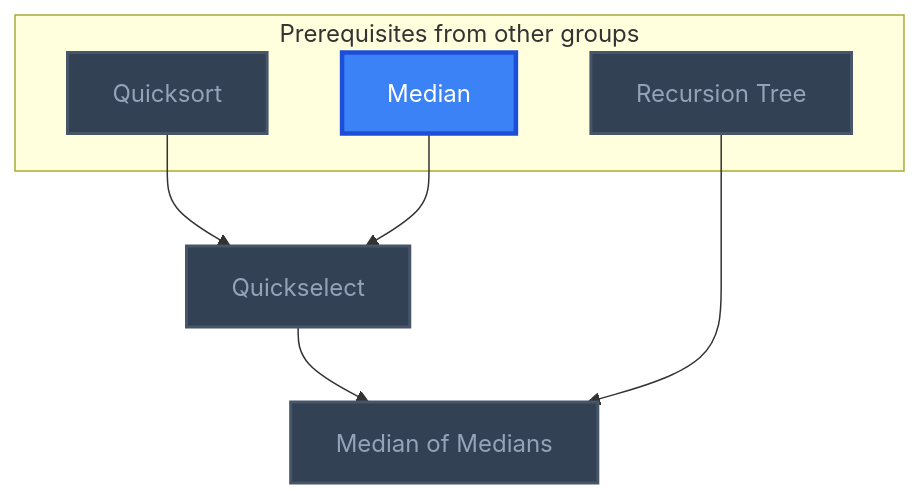
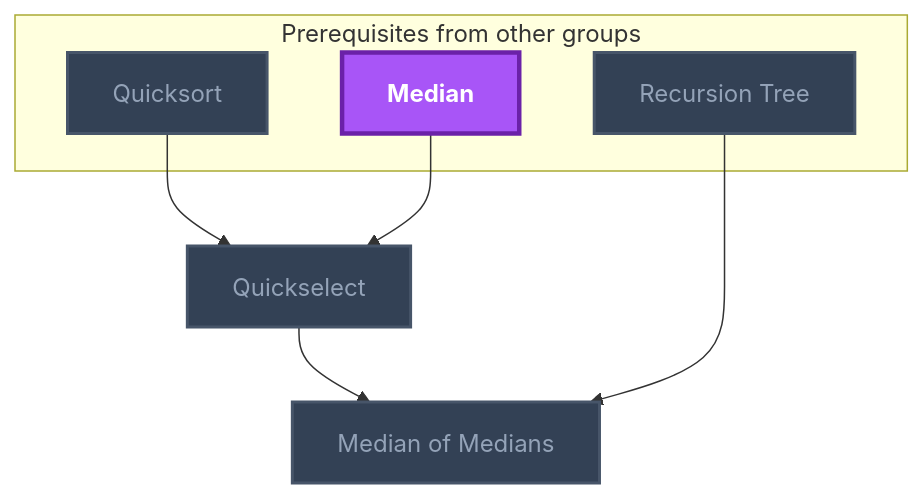
One commit to MRauf1/My-Notes changed diagram 14 of 17 in Gamification/Skill Trees/Data Structures and Algorithms.md. Above: the diagram before and after it, drawn with Mermaid. The commit also changed other lines of this file and 73 other files, not shown here.

````diff
--- a/Gamification/Skill Trees/Data Structures and Algorithms.md
+++ b/Gamification/Skill Trees/Data Structures and Algorithms.md
@@ -494,26 +494,26 @@
 ```mermaid
 flowchart TD
     classDef planned fill:#1E293B,stroke:#64748B,stroke-width:2px,stroke-dasharray:5 5,color:#94A3B8;
     classDef locked fill:#334155,stroke:#475569,stroke-width:2px,color:#94A3B8;
     classDef L0 fill:#F1F5F9,stroke:#94A3B8,stroke-width:2px,color:#000000;
     classDef L1 fill:#22C55E,stroke:#15803D,stroke-width:2px,color:#000000;
     classDef L2 fill:#3B82F6,stroke:#1D4ED8,stroke-width:3px,color:#FFFFFF;
     classDef L3 fill:#A855F7,stroke:#6B21A8,stroke-width:3px,color:#FFFFFF,font-weight:bold;
     classDef L4 fill:#F97316,stroke:#C2410C,stroke-width:4px,color:#000000,font-weight:bold;
     classDef L5 fill:#FFD700,stroke:#FF8C00,stroke-width:5px,color:#000000,font-weight:bold;
     classDef rusty stroke:#8B4513,stroke-width:4px,stroke-dasharray:3 3;
     subgraph sg_prereqs["Prerequisites from other groups"]
         n_quicksort["Quicksort"]
         n_median["Median"]
         n_recursion_tree["Recursion Tree"]
     end
     n_quickselect["Quickselect"]
     n_median_of_medians["Median of Medians"]
     n_quicksort --> n_quickselect
     n_median --> n_quickselect
     n_quickselect --> n_median_of_medians
     n_recursion_tree --> n_median_of_medians
     class n_quicksort,n_recursion_tree,n_quickselect,n_median_of_medians locked;
-    class n_median L2;
+    class n_median L3;
     class n_quicksort,n_median,n_recursion_tree,n_quickselect,n_median_of_medians internal-link;
 ```
````
